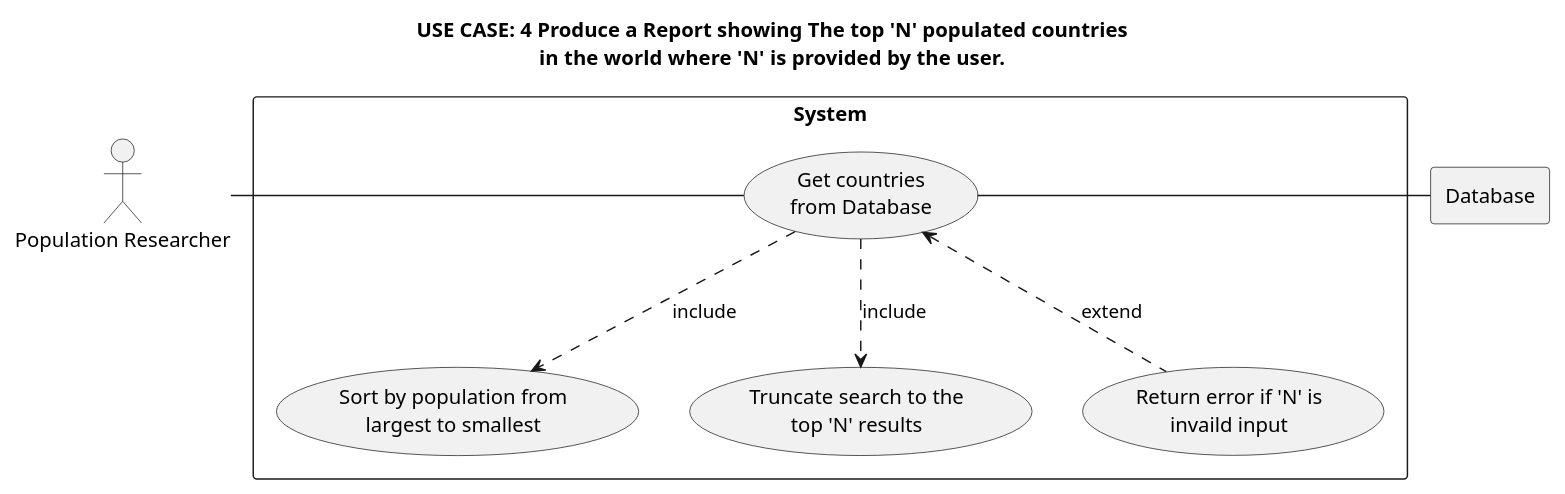
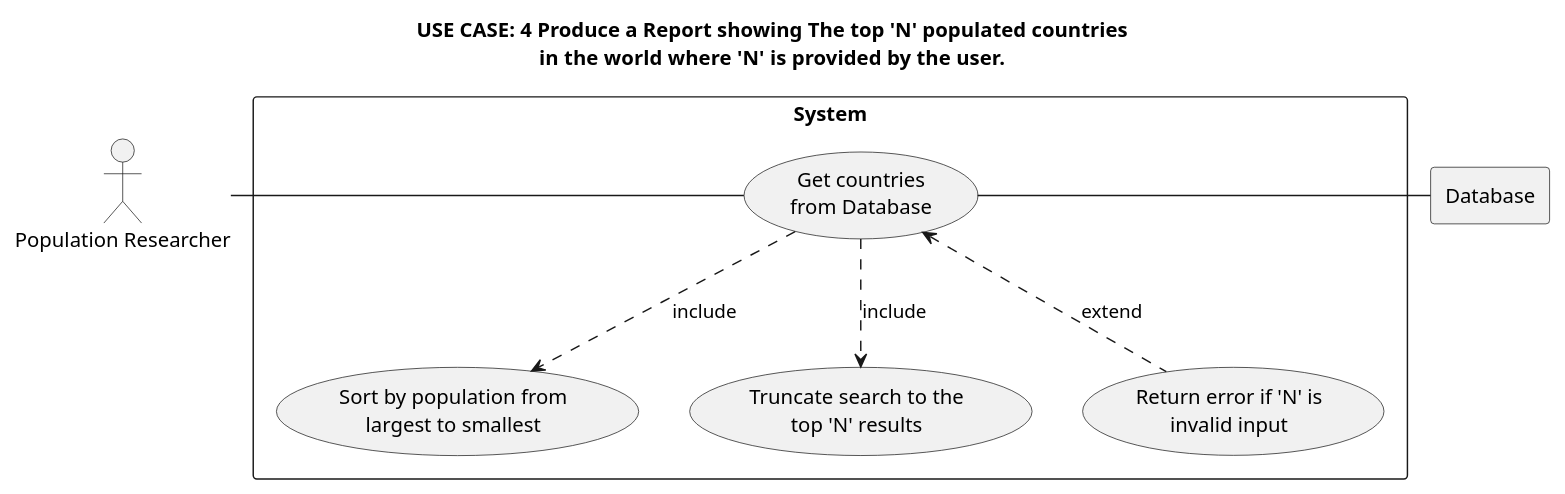
Before and after one commit to TDTM9001/sem: the diagram in use-cases/diagram4.puml, drawn with PlantUML. The commit also changed 32 other files, not shown here.

```diff
--- a/use-cases/diagram4.puml
+++ b/use-cases/diagram4.puml
@@ -1,32 +1,32 @@
 @startuml
 
 title
 USE CASE: 4 Produce a Report showing The top 'N' populated countries
 in the world where 'N' is provided by the user.
 end title
 
 actor PR as "Population Researcher"
 
 rectangle Database
 
 rectangle "System" {
     usecase UC1 as "Get countries
     from Database"
 
     usecase UCa as "Sort by population from
     largest to smallest"
 
     usecase UCb as "Truncate search to the
     top 'N' results"
 
     usecase UCc as "Return error if 'N' is
-    invaild input"
+    invalid input"
 
     PR - UC1
     UC1 ..> UCa : include
     UC1 ..> UCb : include
     UC1 <.. UCc : extend
     UC1 - Database
 }
 
 @enduml
```
